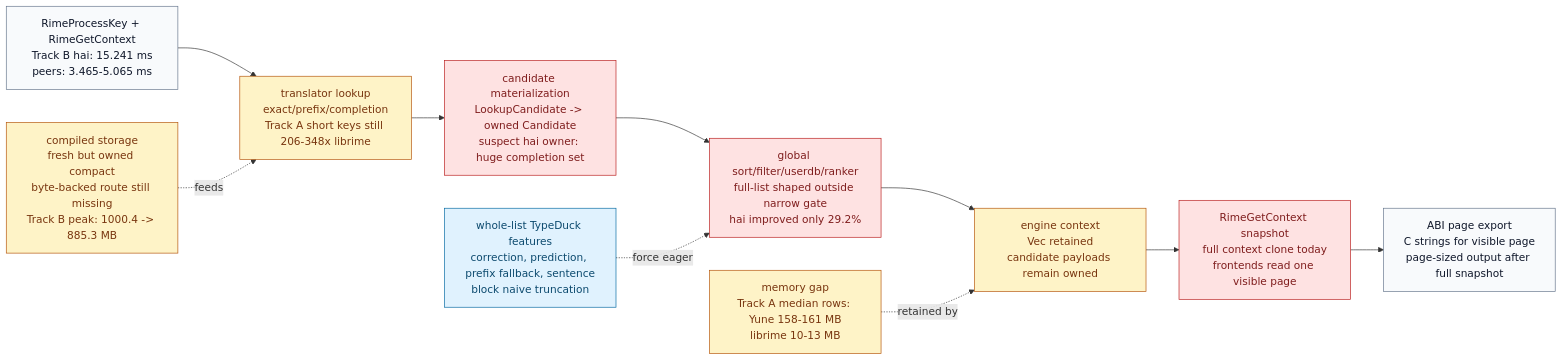
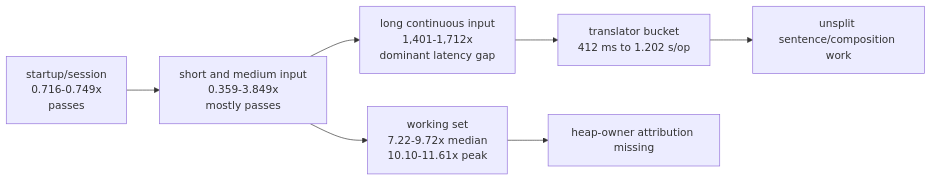
The diagram in docs/reports/yune-vs-librime-performance.md (CanCLID/yune), drawn with Mermaid before and after one commit. The commit also changed other lines of this file and 614 other files, not shown here.

````diff
--- a/docs/reports/yune-vs-librime-performance.md
+++ b/docs/reports/yune-vs-librime-performance.md
@@ -151,23 +162,9 @@
 ```mermaid
 flowchart LR
-    key["RimeProcessKey + RimeGetContext<br/>Track B hai: 15.241 ms<br/>peers: 3.465-5.065 ms"] --> lookup["translator lookup<br/>exact/prefix/completion<br/>Track A short keys still 206-348x librime"]
-    lookup --> materialize["candidate materialization<br/>LookupCandidate -> owned Candidate<br/>suspect hai owner: huge completion set"]
-    materialize --> merge["global sort/filter/userdb/ranker<br/>full-list shaped outside narrow gate<br/>hai improved only 29.2%"]
-    merge --> context["engine context<br/>Vec<Candidate> retained<br/>candidate payloads remain owned"]
-    context --> snapshot["RimeGetContext snapshot<br/>full context clone today<br/>frontends read one visible page"]
-    snapshot --> abi["ABI page export<br/>C strings for visible page<br/>page-sized output after full snapshot"]
-
-    storage["compiled storage<br/>fresh but owned compact<br/>byte-backed route still missing<br/>Track B peak: 1000.4 -> 885.3 MB"] -. feeds .-> lookup
-    full_list["whole-list TypeDuck features<br/>correction, prediction, prefix fallback, sentence<br/>block naive truncation"] -. force eager .-> merge
-    memory["memory gap<br/>Track A median rows: Yune 158-161 MB<br/>librime 10-13 MB"] -. retained by .-> context
-
-    classDef measured fill:#f8fafc,stroke:#64748b,color:#0f172a;
-    classDef hot fill:#fee2e2,stroke:#b91c1c,color:#7f1d1d;
-    classDef medium fill:#fef3c7,stroke:#b45309,color:#78350f;
-    classDef caveat fill:#e0f2fe,stroke:#0369a1,color:#0c4a6e;
-
-    class key,abi measured;
-    class materialize,merge,snapshot hot;
-    class lookup,context,storage,memory medium;
-    class full_list caveat;
+    startup["startup/session<br/>0.716-0.749x<br/>passes"] --> short["short and medium input<br/>0.359-3.849x<br/>mostly passes"]
+    short --> long["long continuous input<br/>1,401-1,712x<br/>dominant latency gap"]
+    short --> memory["working set<br/>7.22-9.72x median<br/>10.10-11.61x peak"]
+    long --> translator["translator bucket<br/>412 ms to 1.202 s/op"]
+    translator --> unknown["unsplit sentence/composition work"]
+    memory --> heap["heap-owner attribution missing"]
 ```
````
